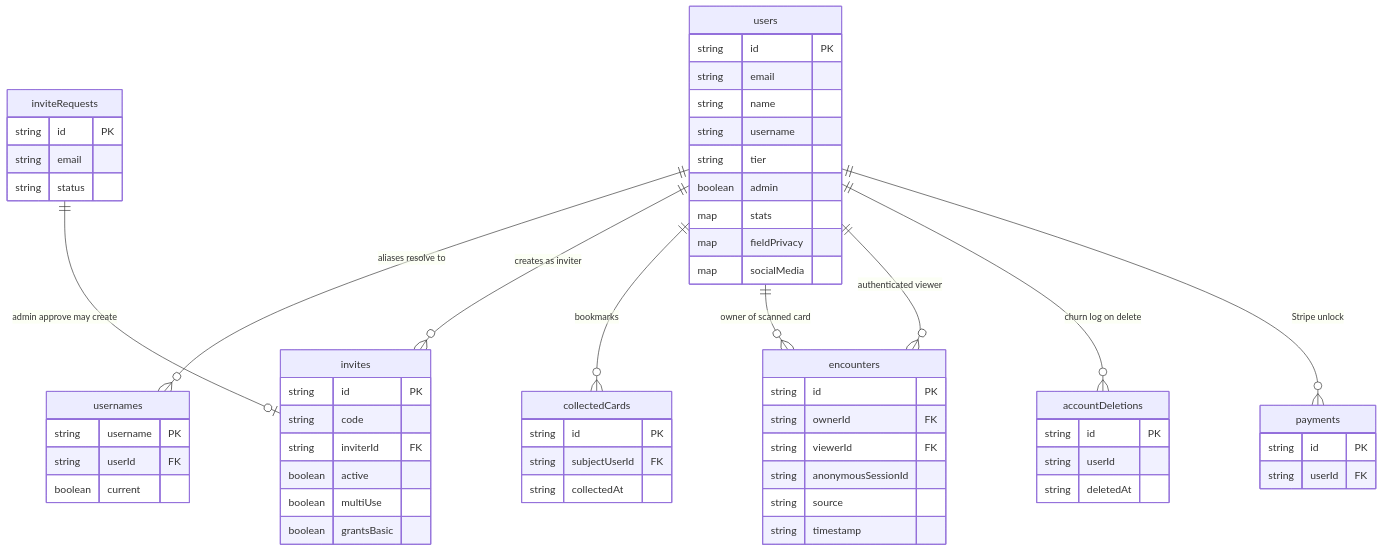
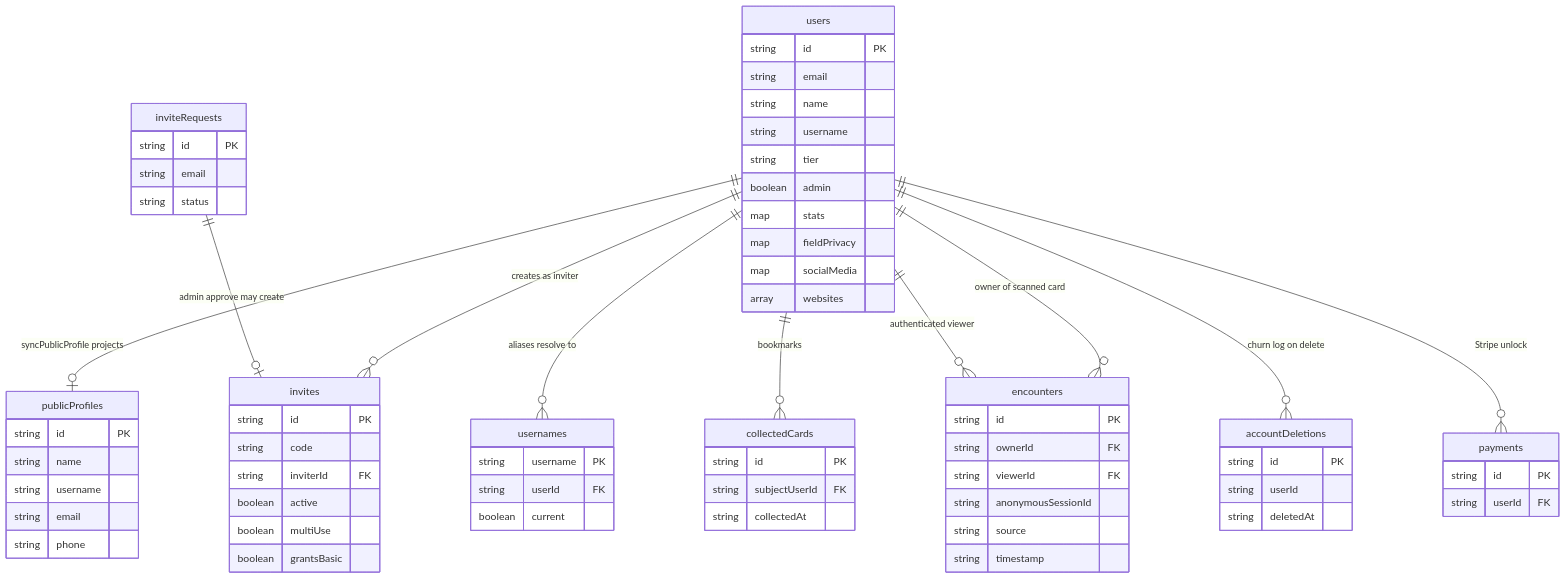
The second of 12 diagrams in ARCHITECTURE_DIAGRAMS.md (jnashdesign/kappaCard_React), drawn with Mermaid before and after one commit. The commit also changed other lines of this file and 41 other files, not shown here.

````diff
--- a/ARCHITECTURE_DIAGRAMS.md
+++ b/ARCHITECTURE_DIAGRAMS.md
@@ -61,70 +61,80 @@
 ```mermaid
 erDiagram
+  users ||--o| publicProfiles : "syncPublicProfile projects"
   users ||--o{ usernames : "aliases resolve to"
   users ||--o{ invites : "creates as inviter"
   users ||--o{ collectedCards : "bookmarks"
   users ||--o{ encounters : "owner of scanned card"
   users ||--o{ encounters : "authenticated viewer"
   users ||--o{ accountDeletions : "churn log on delete"
   users ||--o{ payments : "Stripe unlock"
   inviteRequests ||--o| invites : "admin approve may create"
 
   users {
     string id PK
     string email
     string name
     string username
     string tier
     boolean admin
     map stats
     map fieldPrivacy
     map socialMedia
+    array websites
+  }
+
+  publicProfiles {
+    string id PK
+    string name
+    string username
+    string email
+    string phone
   }
 
   usernames {
     string username PK
     string userId FK
     boolean current
   }
 
   invites {
     string id PK
     string code
     string inviterId FK
     boolean active
     boolean multiUse
     boolean grantsBasic
   }
 
   inviteRequests {
     string id PK
     string email
     string status
   }
 
   encounters {
     string id PK
     string ownerId FK
     string viewerId FK
     string anonymousSessionId
     string source
     string timestamp
   }
 
   collectedCards {
     string id PK
     string subjectUserId FK
     string collectedAt
   }
 
   accountDeletions {
     string id PK
     string userId
     string deletedAt
   }
 
   payments {
     string id PK
     string userId FK
   }
 ```
````
